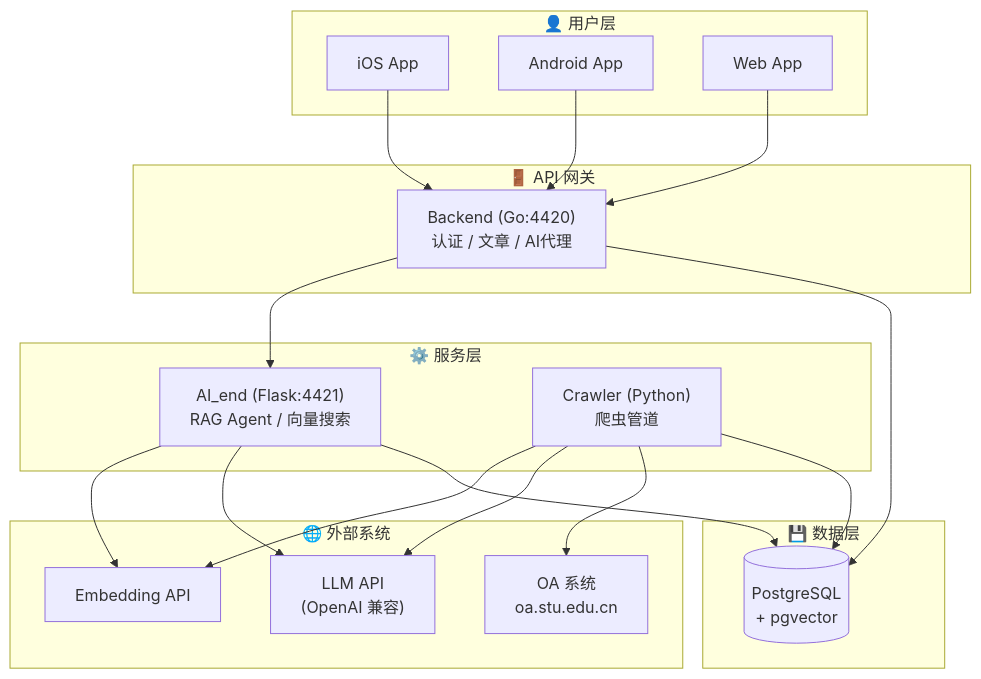
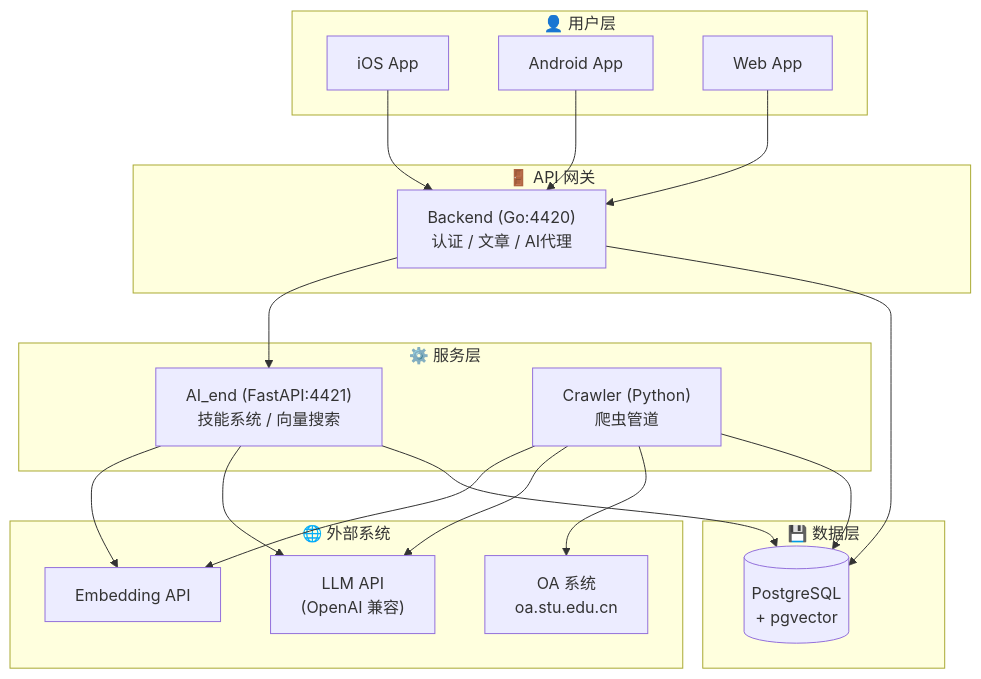
Before and after one commit to MEO-wj/OA_Reader_APP: the first of 10 diagrams in docs/architecture.md, drawn with Mermaid. The commit also changed other lines of this file and 6 other files, not shown here.

````diff
--- a/docs/architecture.md
+++ b/docs/architecture.md
@@ -47,43 +47,43 @@
 ```mermaid
 flowchart TB
     subgraph 用户层["👤 用户层"]
         iOS[iOS App]
         Android[Android App]
         Web[Web App]
     end
 
     subgraph 网关层["🚪 API 网关"]
         Backend["Backend (Go:4420)<br/>认证 / 文章 / AI代理"]
     end
 
     subgraph 服务层["⚙️ 服务层"]
-        AIEnd["AI_end (Flask:4421)<br/>RAG Agent / 向量搜索"]
+        AIEnd["AI_end (FastAPI:4421)<br/>技能系统 / 向量搜索"]
         Crawler["Crawler (Python)<br/>爬虫管道"]
     end
 
     subgraph 数据层["💾 数据层"]
         PG[("PostgreSQL<br/>+ pgvector")]
     end
 
     subgraph 外部系统["🌐 外部系统"]
         OA["OA 系统<br/>oa.stu.edu.cn"]
         LLM["LLM API<br/>(OpenAI 兼容)"]
         Embed["Embedding API"]
     end
 
     iOS --> Backend
     Android --> Backend
     Web --> Backend
 
     Backend --> PG
     Backend --> AIEnd
 
     AIEnd --> PG
     AIEnd --> LLM
     AIEnd --> Embed
 
     Crawler --> PG
     Crawler --> OA
     Crawler --> LLM
     Crawler --> Embed
 ```
````
